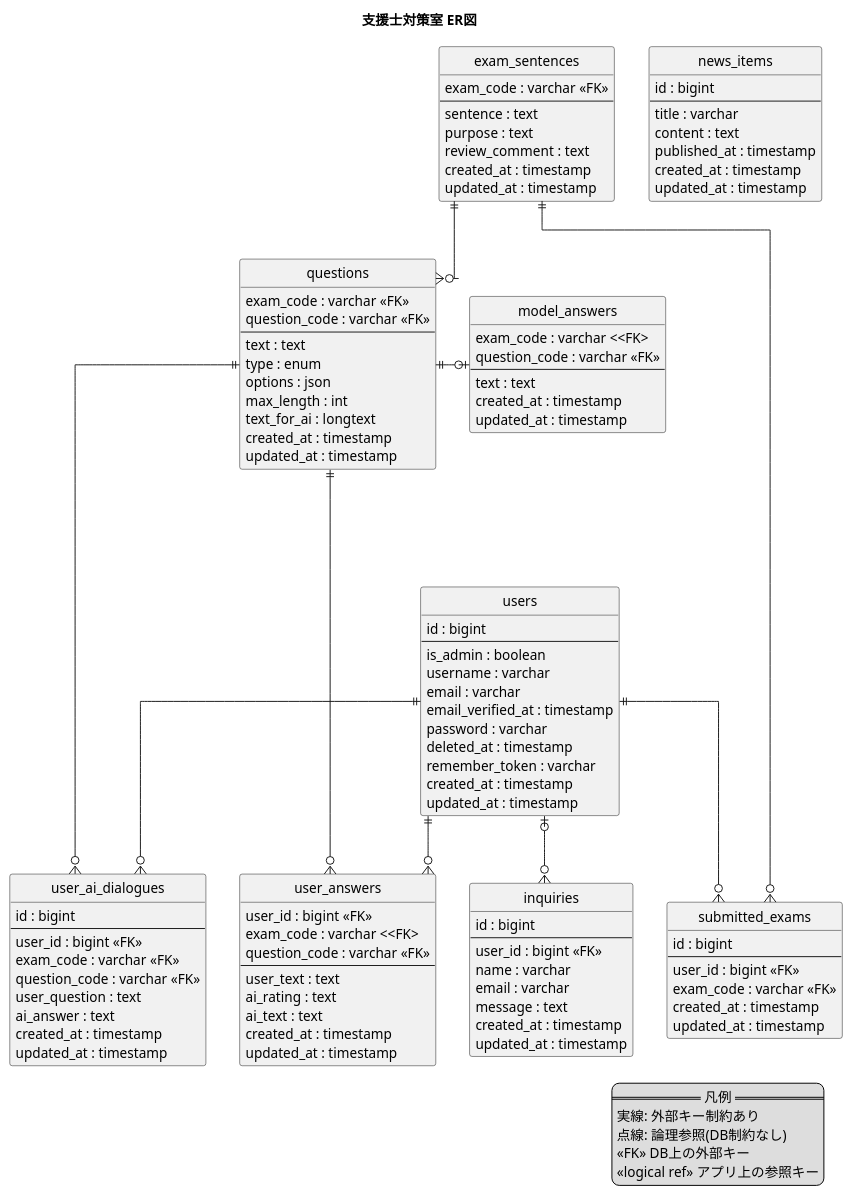
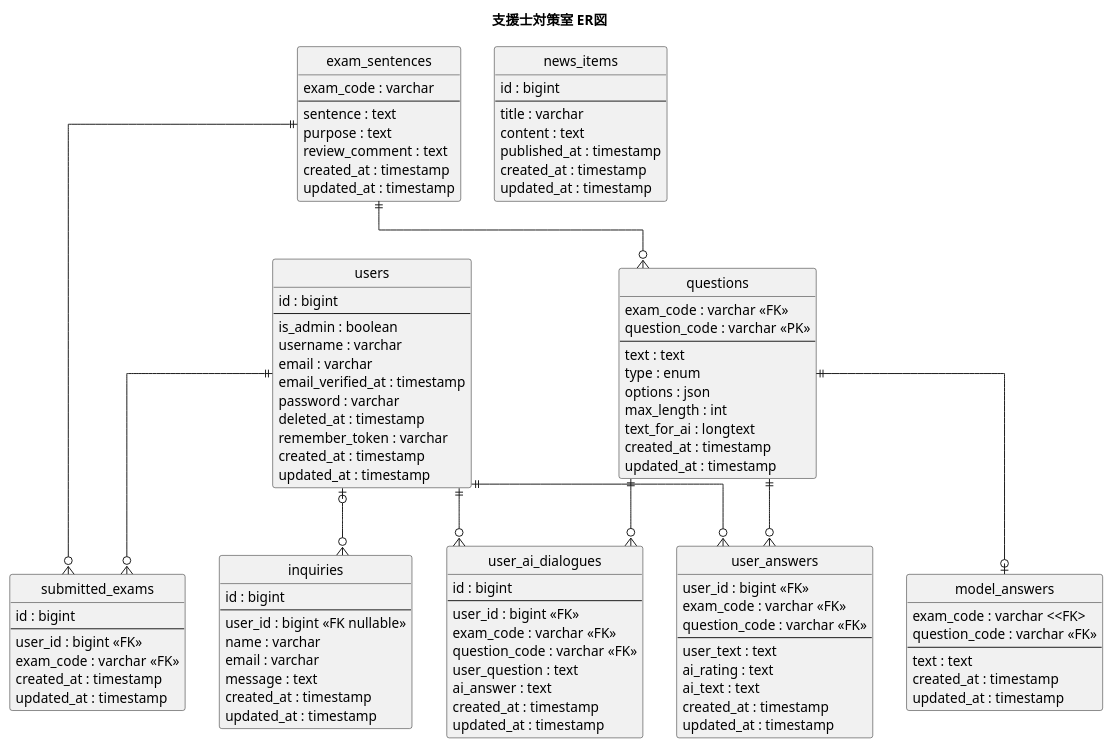
Before and after one commit to progundeike/shienshi-app: the diagram in docs/er.puml, drawn with PlantUML. The commit also changed 12 other files, not shown here.

```diff
--- a/docs/er.puml
+++ b/docs/er.puml
@@ -1,127 +1,119 @@
 @startuml er
 title 支援士対策室 ER図
 hide circle
 skinparam linetype ortho
 skinparam shadowing false
-
-legend right
-  == 凡例 ==
-  実線: 外部キー制約あり
-  点線: 論理参照(DB制約なし)
-  <<FK>> DB上の外部キー
-  <<logical ref>> アプリ上の参照キー
-endlegend
 
 entity "users" as users {
   id : bigint
   --
   is_admin : boolean
   username : varchar
   email : varchar
   email_verified_at : timestamp
   password : varchar
   deleted_at : timestamp
   remember_token : varchar
   created_at : timestamp
   updated_at : timestamp
 }
 
 entity "exam_sentences" as exam_sentences {
-  exam_code : varchar <<FK>>
+  exam_code : varchar
   --
   sentence : text
   purpose : text
   review_comment : text
   created_at : timestamp
   updated_at : timestamp
 }
 
 entity "questions" as questions {
   exam_code : varchar <<FK>>
-  question_code : varchar <<FK>>
+  question_code : varchar <<PK>>
   --
   text : text
   type : enum
   options : json
   max_length : int
   text_for_ai : longtext
   created_at : timestamp
   updated_at : timestamp
 }
 
 entity "model_answers" as model_answers {
   exam_code : varchar <<FK>
   question_code : varchar <<FK>>
   --
   text : text
   created_at : timestamp
   updated_at : timestamp
 }
 
 entity "user_answers" as user_answers {
   user_id : bigint <<FK>>
-  exam_code : varchar <<FK>
+  exam_code : varchar <<FK>>
   question_code : varchar <<FK>>
   --
   user_text : text
   ai_rating : text
   ai_text : text
   created_at : timestamp
   updated_at : timestamp
 }
 
 entity "user_ai_dialogues" as user_ai_dialogues {
   id : bigint
   --
   user_id : bigint <<FK>>
   exam_code : varchar <<FK>>
   question_code : varchar <<FK>>
   user_question : text
   ai_answer : text
   created_at : timestamp
   updated_at : timestamp
 }
 
 entity "submitted_exams" as submitted_exams {
   id : bigint
   --
   user_id : bigint <<FK>>
   exam_code : varchar <<FK>>
   created_at : timestamp
   updated_at : timestamp
 }
 
 entity "inquiries" as inquiries {
   id : bigint
   --
-  user_id : bigint <<FK>>
+  user_id : bigint <<FK nullable>>
   name : varchar
   email : varchar
   message : text
   created_at : timestamp
   updated_at : timestamp
 }
 
 entity "news_items" as news_items {
   id : bigint
   --
   title : varchar
   content : text
   published_at : timestamp
   created_at : timestamp
   updated_at : timestamp
 }
 
 users ||--o{ user_answers
 users ||--o{ user_ai_dialogues
 users ||--o{ submitted_exams
 users |o--o{ inquiries
 
 exam_sentences ||--o{ questions
 exam_sentences ||--o{ submitted_exams
 
-questions ||--right--o| model_answers
-questions ||--down--o{ user_answers
-questions ||--down--o{ user_ai_dialogues
+questions ||--o| model_answers
+questions ||--o{ user_answers
+questions ||--o{ user_ai_dialogues
 
 @enduml
```
